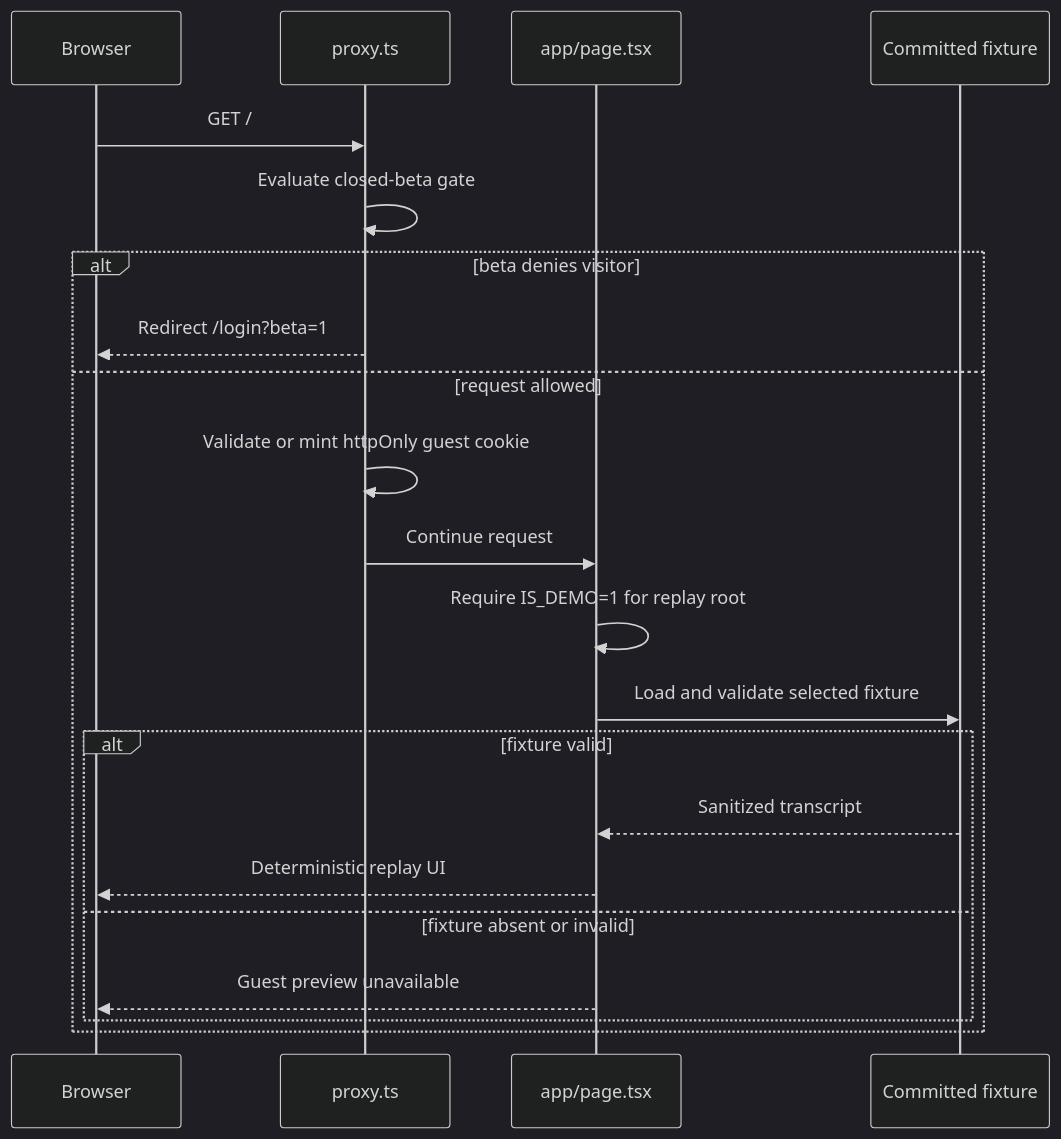
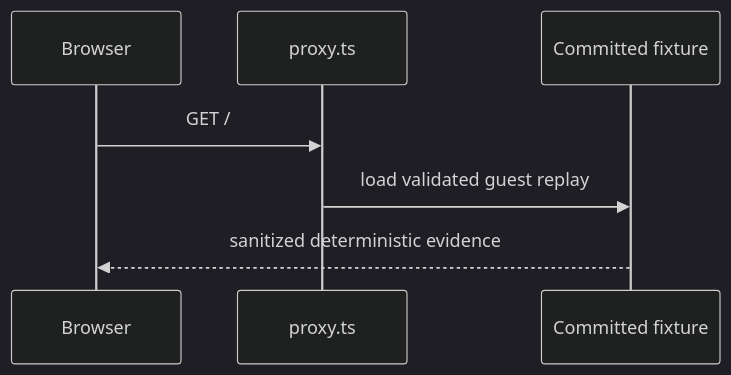
Before and after one commit to OpenCoven/coven-agents: the second of 3 diagrams in docs/security/guest-access.md, drawn with Mermaid (dark theme). The commit also changed other lines of this file and 82 other files, not shown here.

````diff
--- a/docs/security/guest-access.md
+++ b/docs/security/guest-access.md
@@ -70,24 +39,9 @@
 ```mermaid
 sequenceDiagram
     participant B as Browser
     participant P as proxy.ts
-    participant R as app/page.tsx
     participant F as Committed fixture
-
     B->>P: GET /
-    P->>P: Evaluate closed-beta gate
-    alt beta denies visitor
-        P-->>B: Redirect /login?beta=1
-    else request allowed
-        P->>P: Validate or mint httpOnly guest cookie
-        P->>R: Continue request
-        R->>R: Require IS_DEMO=1 for replay root
-        R->>F: Load and validate selected fixture
-        alt fixture valid
-            F-->>R: Sanitized transcript
-            R-->>B: Deterministic replay UI
-        else fixture absent or invalid
-            R-->>B: Guest preview unavailable
-        end
-    end
+    P->>F: load validated guest replay
+    F-->>B: sanitized deterministic evidence
 ```
````
